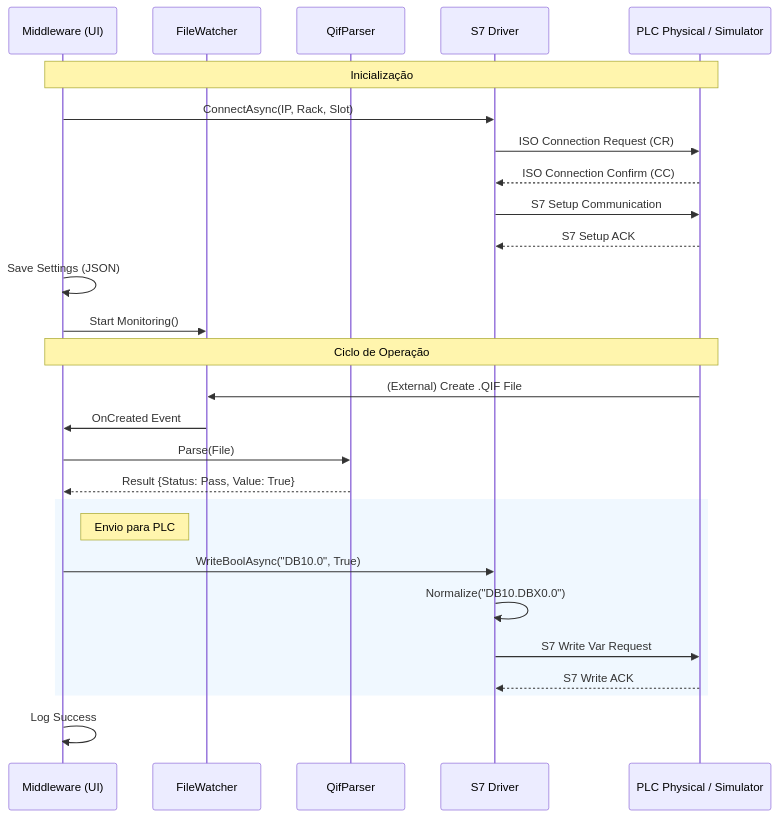
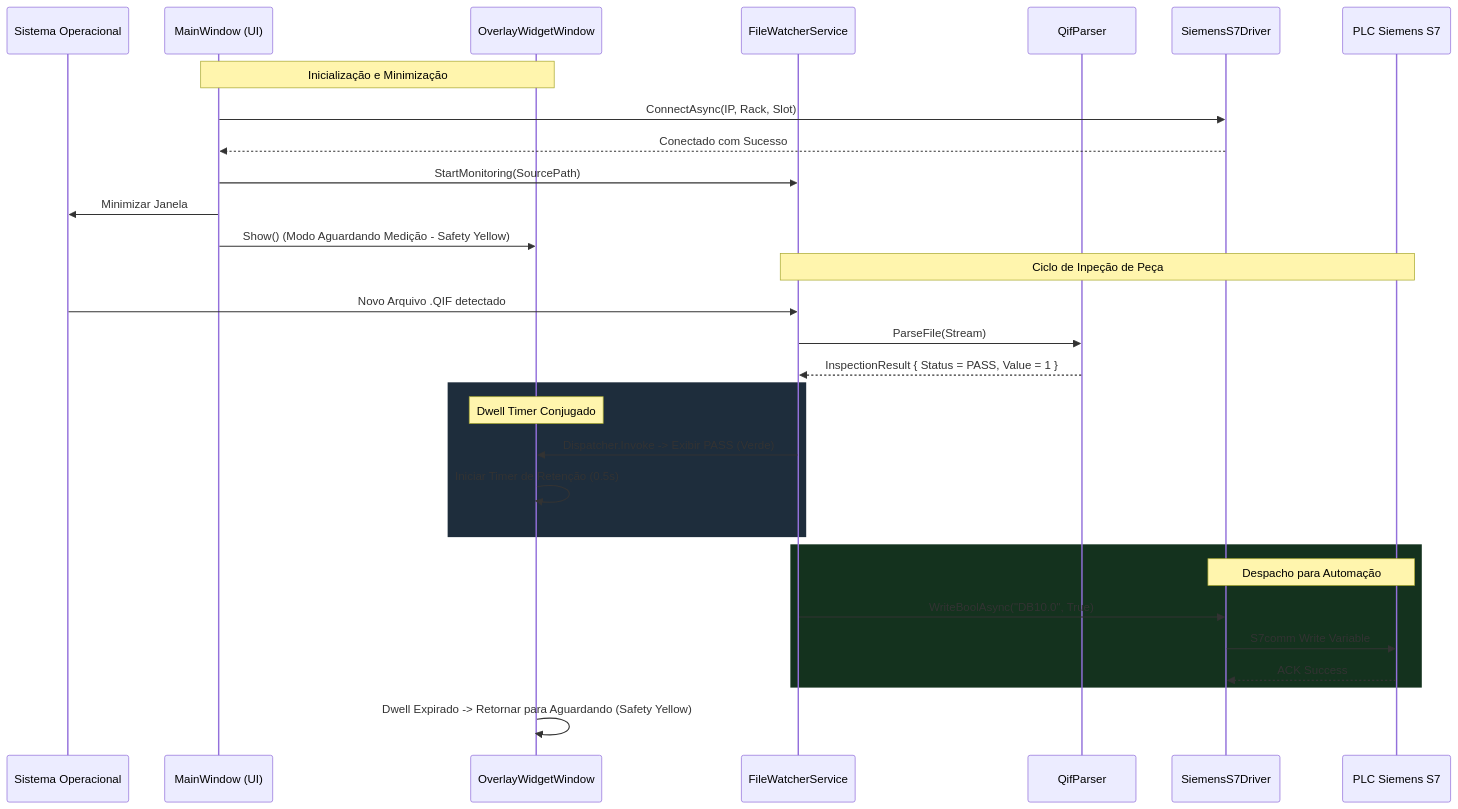
The diagram in docs/ARCHITECTURE.md (ramso-adnarim/ConnectML), drawn with Mermaid before and after one commit. The commit also changed other lines of this file and 4 other files, not shown here.

Commit message:
docs: update architecture, ai codebase map, velopack deployment guide and readme for v1.3.0

````diff
--- a/docs/ARCHITECTURE.md
+++ b/docs/ARCHITECTURE.md
@@ -45,33 +102,37 @@
 ```mermaid
 sequenceDiagram
-    participant MW as Middleware (UI)
-    participant FW as FileWatcher
+    participant OS as Sistema Operacional
+    participant UI as MainWindow (UI)
+    participant HUD as OverlayWidgetWindow
+    participant FW as FileWatcherService
     participant Parser as QifParser
-    participant Driver as S7 Driver
-    participant PLC as PLC Physical / Simulator
+    participant S7 as SiemensS7Driver
+    participant PLC as PLC Siemens S7
 
-    Note over MW, PLC: Inicialização
-    MW->>Driver: ConnectAsync(IP, Rack, Slot)
-    Driver->>PLC: ISO Connection Request (CR)
-    PLC-->>Driver: ISO Connection Confirm (CC)
-    Driver->>PLC: S7 Setup Communication
-    PLC-->>Driver: S7 Setup ACK
-    MW->>MW: Save Settings (JSON)
-    MW->>FW: Start Monitoring()
+    Note over UI, HUD: Inicialização e Minimização
+    UI->>S7: ConnectAsync(IP, Rack, Slot)
+    S7-->>UI: Conectado com Sucesso
+    UI->>FW: StartMonitoring(SourcePath)
+    UI->>OS: Minimizar Janela
+    UI->>HUD: Show() (Modo Aguardando Medição - Safety Yellow)
 
-    Note over MW, PLC: Ciclo de Operação
-    PLC->>FW: (External) Create .QIF File
-    FW->>MW: OnCreated Event
-    MW->>Parser: Parse(File)
-    Parser-->>MW: Result {Status: Pass, Value: True}
+    Note over FW, PLC: Ciclo de Inpeção de Peça
+    OS->>FW: Novo Arquivo .QIF detectado
+    FW->>Parser: ParseFile(Stream)
+    Parser-->>FW: InspectionResult { Status = PASS, Value = 1 }
     
-    rect rgb(240, 248, 255)
-        Note right of MW: Envio para PLC
-        MW->>Driver: WriteBoolAsync("DB10.0", True)
-        Driver->>Driver: Normalize("DB10.DBX0.0")
-        Driver->>PLC: S7 Write Var Request
-        PLC-->>Driver: S7 Write ACK
+    rect rgb(30, 45, 60)
+        Note over HUD: Dwell Timer Conjugado
+        FW->>HUD: Dispatcher.Invoke -> Exibir PASS (Verde)
+        HUD->>HUD: Iniciar Timer de Retenção (0.5s)
     end
-    
-    MW->>MW: Log Success
+
+    rect rgb(20, 50, 30)
+        Note over S7, PLC: Despacho para Automação
+        FW->>S7: WriteBoolAsync("DB10.0", True)
+        S7->>PLC: S7comm Write Variable
+        PLC-->>S7: ACK Success
+    end
+
+    HUD->>HUD: Dwell Expirado -> Retornar para Aguardando (Safety Yellow)
 ```
````
